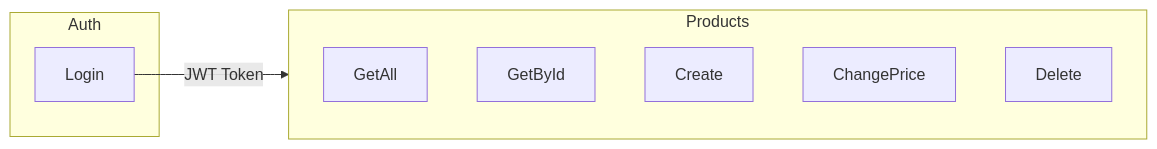
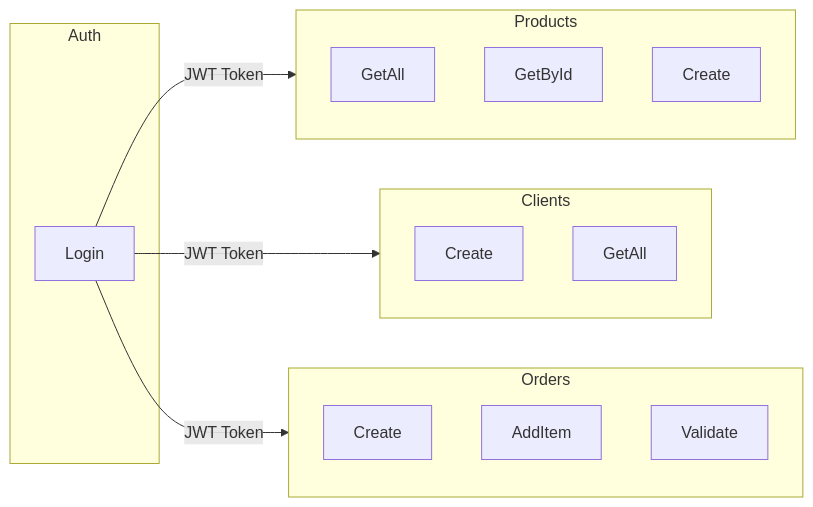
Before and after one commit to HugoRytlewski/AdvancedDevSampleFinal: the first of 4 diagrams in docs/api.md, drawn with Mermaid. The commit also changed other lines of this file and 29 other files, not shown here.

````diff
--- a/docs/api.md
+++ b/docs/api.md
@@ -7,16 +7,27 @@
 ```mermaid
 graph LR
     subgraph Auth
         Login
     end
     
     subgraph Products
-        GetAll
-        GetById
-        Create
-        ChangePrice
-        Delete
+        P_GetAll[GetAll]
+        P_GetById[GetById]
+        P_Create[Create]
+    end
+
+    subgraph Clients
+        C_Create[Create]
+        C_GetAll[GetAll]
+    end
+
+    subgraph Orders
+        O_Create[Create]
+        O_AddItem[AddItem]
+        O_Validate[Validate]
     end
     
     Login --> |JWT Token| Products
+    Login --> |JWT Token| Clients
+    Login --> |JWT Token| Orders
 ```
````
